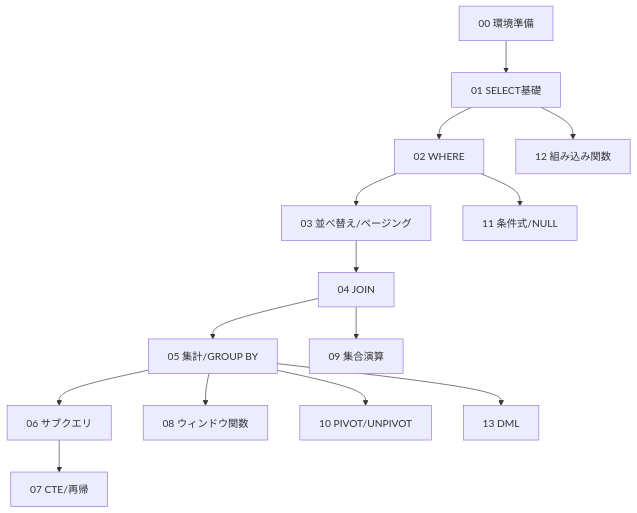
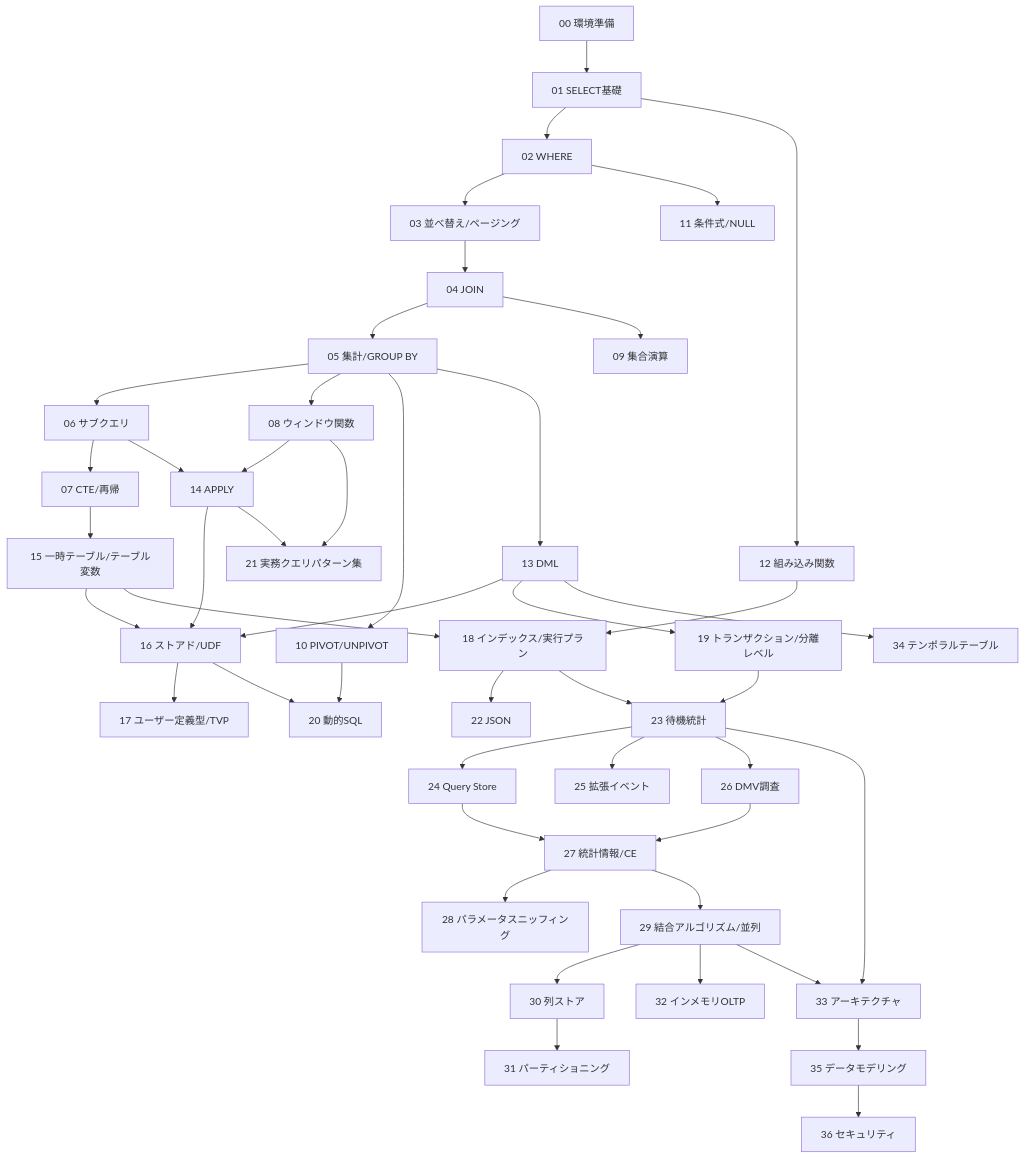
The diagram in ROADMAP.md (sny-mt/SQLServerLearning), drawn with Mermaid before and after one commit. The commit also changed other lines of this file and 61 other files, not shown here.

````diff
--- a/ROADMAP.md
+++ b/ROADMAP.md
@@ -58,16 +145,50 @@
 ```mermaid
 flowchart TD
     T00[00 環境準備] --> T01[01 SELECT基礎]
     T01 --> T02[02 WHERE]
     T02 --> T03[03 並べ替え/ページング]
     T03 --> T04[04 JOIN]
     T04 --> T05[05 集計/GROUP BY]
     T05 --> T06[06 サブクエリ]
     T06 --> T07[07 CTE/再帰]
     T05 --> T08[08 ウィンドウ関数]
     T04 --> T09[09 集合演算]
     T05 --> T10[10 PIVOT/UNPIVOT]
     T02 --> T11[11 条件式/NULL]
     T01 --> T12[12 組み込み関数]
     T05 --> T13[13 DML]
+
+    T06 --> T14[14 APPLY]
+    T08 --> T14
+    T07 --> T15[15 一時テーブル/テーブル変数]
+    T13 --> T16[16 ストアド/UDF]
+    T15 --> T16
+    T14 --> T16
+    T16 --> T17[17 ユーザー定義型/TVP]
+    T15 --> T18[18 インデックス/実行プラン]
+    T12 --> T18
+    T13 --> T19[19 トランザクション/分離レベル]
+    T16 --> T20[20 動的SQL]
+    T10 --> T20
+    T08 --> T21[21 実務クエリパターン集]
+    T14 --> T21
+    T18 --> T22[22 JSON]
+
+    T18 --> T23[23 待機統計]
+    T19 --> T23
+    T23 --> T24[24 Query Store]
+    T23 --> T25[25 拡張イベント]
+    T23 --> T26[26 DMV調査]
+    T24 --> T27[27 統計情報/CE]
+    T26 --> T27
+    T27 --> T28[28 パラメータスニッフィング]
+    T27 --> T29[29 結合アルゴリズム/並列]
+    T29 --> T30[30 列ストア]
+    T30 --> T31[31 パーティショニング]
+    T29 --> T32[32 インメモリOLTP]
+    T23 --> T33[33 アーキテクチャ]
+    T29 --> T33
+    T33 --> T35[35 データモデリング]
+    T13 --> T34[34 テンポラルテーブル]
+    T35 --> T36[36 セキュリティ]
 ```
````
